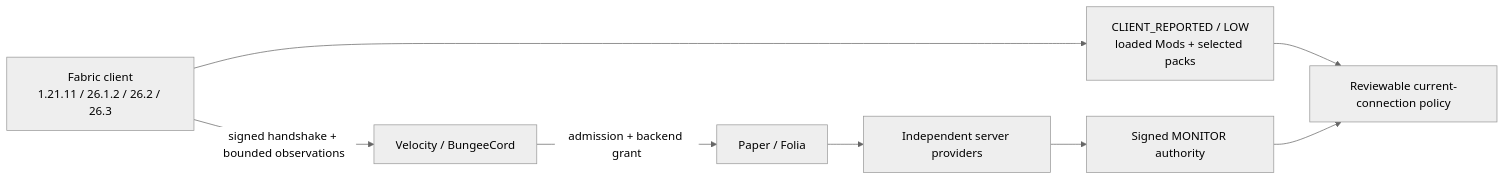
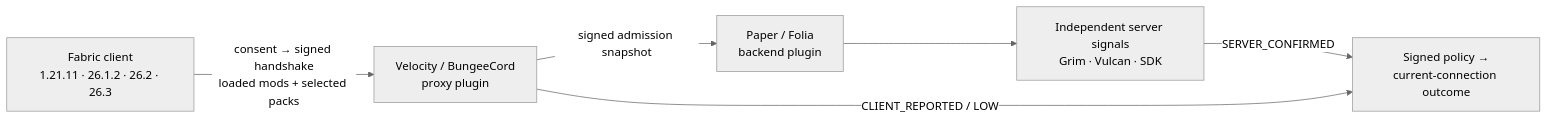
Before and after one commit to TypeThe0ry/MCAce: the diagram in README.md, drawn with Mermaid (neutral theme). The commit also changed other lines of this file and 3 other files, not shown here.

````diff
--- a/README.md
+++ b/README.md
@@ -721,18 +43,14 @@
 ```mermaid
 flowchart LR
-  C[Fabric client\n1.21.11 / 26.1.2 / 26.2 / 26.3]
-  P[Velocity / BungeeCord]
-  B[Paper / Folia]
-  O[CLIENT_REPORTED / LOW\nloaded Mods + selected packs]
-  S[Independent server providers]
-  A[Signed MONITOR authority]
-  R[Reviewable current-connection policy]
+  C[Fabric client<br/>1.21.11 · 26.1.2 · 26.2 · 26.3]
+  P[Velocity / BungeeCord<br/>proxy plugin]
+  B[Paper / Folia<br/>backend plugin]
+  S[Independent server signals<br/>Grim · Vulcan · SDK]
+  R[Signed policy →<br/>current-connection outcome]
 
-  C -->|signed handshake + bounded observations| P
-  P -->|admission + backend grant| B
-  C --> O
+  C -->|"consent → signed handshake<br/>loaded mods + selected packs"| P
+  P -->|"signed admission snapshot"| B
   B --> S
-  S --> A
-  O --> R
-  A --> R
+  S -->|"SERVER_CONFIRMED"| R
+  P -->|"CLIENT_REPORTED / LOW"| R
 ```
````
